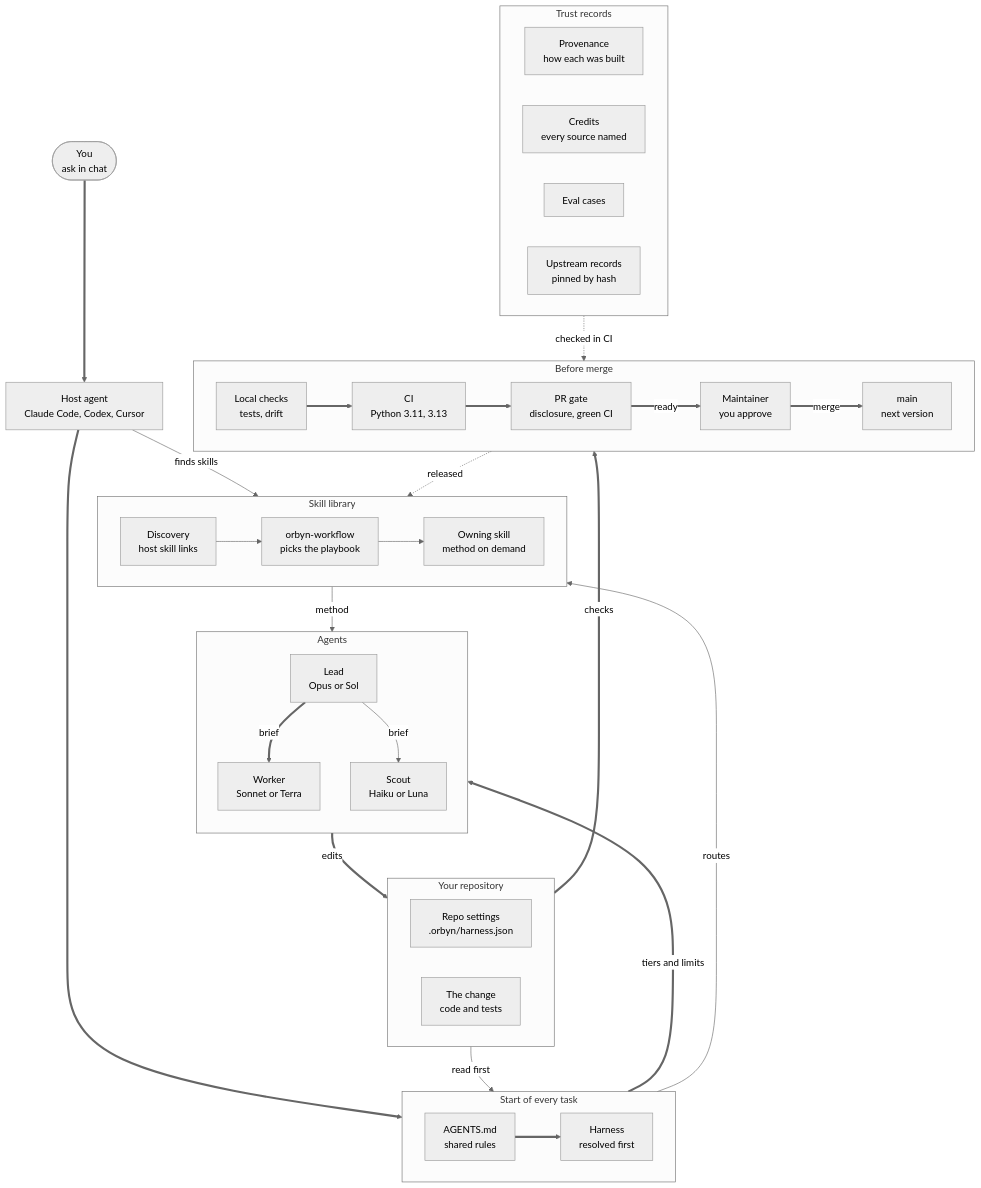
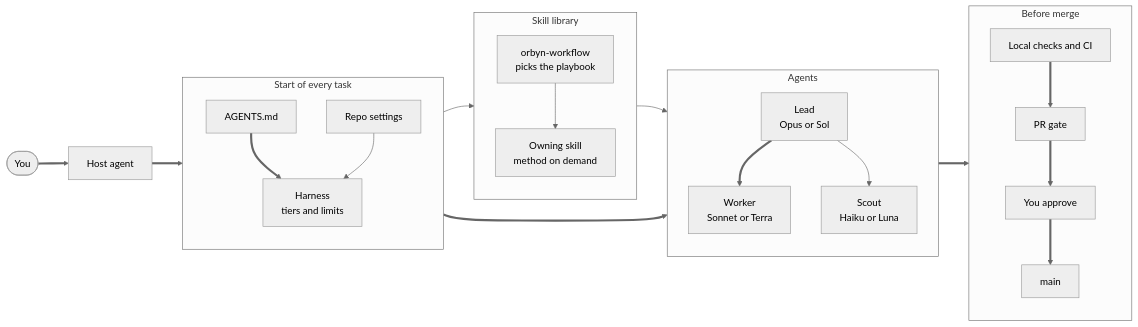
One commit to kinqsradio/orbyn-fullstack-skills changed the first of 3 diagrams in README.md. Above: the diagram before and after it, drawn with Mermaid (neutral theme). The commit also changed other lines of this file and 1 other file, not shown here.

First line of the commit message:
docs(readme): fit the diagrams on one screen

````diff
--- a/README.md
+++ b/README.md
@@ -64,58 +64,29 @@
 ```mermaid
-flowchart TB
+flowchart LR
   accTitle: How Orbyn skills run
-  accDescr: A request goes from you through the host agent, AGENTS.md and the harness to a lead, which briefs scouts and workers. The change passes local checks, CI, the PR gate and maintainer review before reaching main. The skill library guides the lead, repository settings feed the harness, and trust records are checked in CI.
-  you(["You<br/>ask in chat"])
-  host["Host agent<br/>Claude Code, Codex, Cursor"]
+  accDescr: A request goes from you to the host agent, then AGENTS.md and the harness, to a lead that briefs scouts and workers. The skill library guides the lead. The change passes local checks, CI, the PR gate and your approval before reaching main.
+  you(["You"]) ==> host["Host agent"]
   subgraph start["Start of every task"]
-    direction LR
-    rules["AGENTS.md<br/>shared rules"]
-    harness["Harness<br/>resolved first"]
+    direction TB
+    rules["AGENTS.md"] ==> harness["Harness<br/>tiers and limits"]
+    settings["Repo settings"] --> harness
   end
   subgraph library["Skill library"]
-    direction LR
-    discovery["Discovery<br/>host skill links"]
-    workflow["orbyn-workflow<br/>picks the playbook"]
-    skill["Owning skill<br/>method on demand"]
+    direction TB
+    workflow["orbyn-workflow<br/>picks the playbook"] --> skill["Owning skill<br/>method on demand"]
   end
   subgraph agents["Agents"]
     direction TB
-    lead["Lead<br/>Opus or Sol"]
-    scout["Scout<br/>Haiku or Luna"]
-    worker["Worker<br/>Sonnet or Terra"]
-  end
-  subgraph target["Your repository"]
-    direction LR
-    settings["Repo settings<br/>.orbyn/harness.json"]
-    change["The change<br/>code and tests"]
-  end
-  subgraph records["Trust records"]
-    direction LR
-    provenance["Provenance<br/>how each was built"]
-    credits["Credits<br/>every source named"]
-    evals["Eval cases"]
-    upstream["Upstream records<br/>pinned by hash"]
+    lead["Lead<br/>Opus or Sol"] ==> worker["Worker<br/>Sonnet or Terra"]
+    lead --> scout["Scout<br/>Haiku or Luna"]
   end
   subgraph merge["Before merge"]
-    direction LR
-    local["Local checks<br/>tests, drift"]
-    ci["CI<br/>Python 3.11, 3.13"]
-    gate["PR gate<br/>disclosure, green CI"]
-    review["Maintainer<br/>you approve"]
-    main["main<br/>next version"]
+    direction TB
+    checks["Local checks and CI"] ==> gate["PR gate"] ==> review["You approve"] ==> main["main"]
   end
-  you ==> host ==> rules ==> harness
-  harness ==>|tiers and limits| lead
-  lead ==>|brief| worker
-  lead -->|brief| scout
-  worker ==>|edits| change
-  change ==>|checks| local
-  local ==> ci ==> gate ==>|ready| review ==>|merge| main
-  host -->|finds skills| discovery
-  rules -->|routes| workflow
-  discovery --> workflow --> skill
-  skill -->|method| lead
-  settings -->|read first| harness
-  records -.->|checked in CI| ci
-  main -.->|released| discovery
+  host ==> rules
+  rules --> workflow
+  harness ==> lead
+  skill --> lead
+  worker ==> checks
 ```
````
